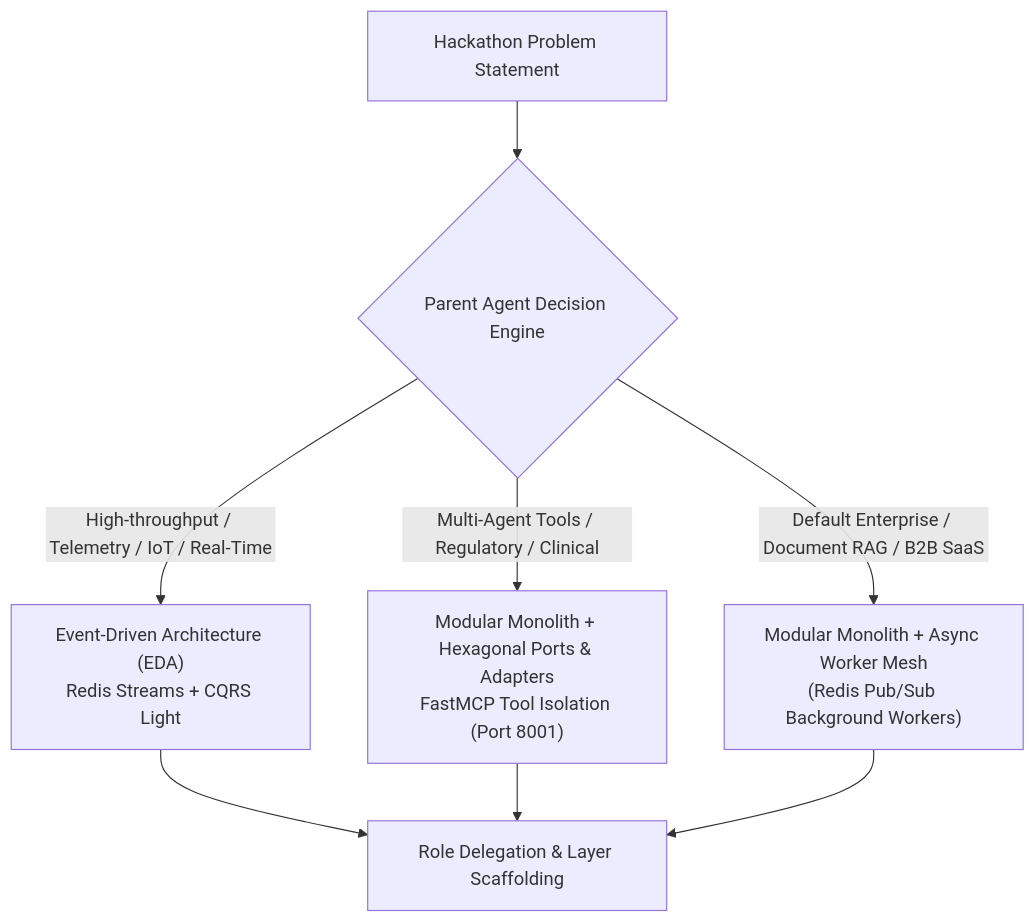
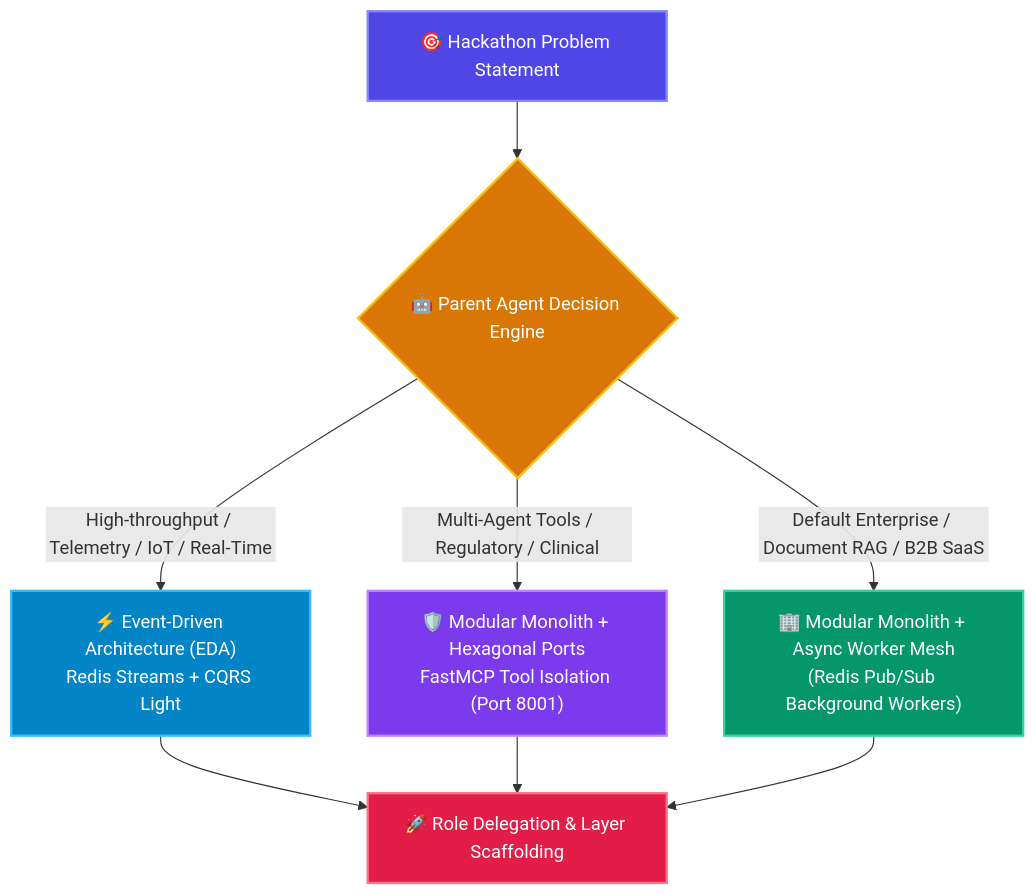
One commit to Sathvik1533/hackathon-strategy-framework changed diagram 13 of 19 in README.md. Above: the diagram before and after it, drawn with Mermaid. The commit also changed other lines of this file and 6 other files, not shown here.

Commit message:
feat(docs): colorize and make all Mermaid architecture diagrams interactive across repo

````diff
--- a/README.md
+++ b/README.md
@@ -915,11 +1101,21 @@
 ```mermaid
 flowchart TD
-    Problem["Hackathon Problem Statement"] --> Classifier{"Parent Agent Decision Engine"}
-    Classifier -->|High-throughput / Telemetry / IoT / Real-Time| EDA["Event-Driven Architecture (EDA)<br/>Redis Streams + CQRS Light"]
-    Classifier -->|Multi-Agent Tools / Regulatory / Clinical| Hexagonal["Modular Monolith + Hexagonal Ports & Adapters<br/>FastMCP Tool Isolation (Port 8001)"]
-    Classifier -->|Default Enterprise / Document RAG / B2B SaaS| ModMono["Modular Monolith + Async Worker Mesh<br/>(Redis Pub/Sub Background Workers)"]
+    classDef problem fill:#4f46e5,stroke:#818cf8,stroke-width:2px,color:#ffffff;
+    classDef decision fill:#d97706,stroke:#fbbf24,stroke-width:2px,color:#ffffff;
+    classDef pattern1 fill:#0284c7,stroke:#38bdf8,stroke-width:2px,color:#ffffff;
+    classDef pattern2 fill:#7c3aed,stroke:#c084fc,stroke-width:2px,color:#ffffff;
+    classDef pattern3 fill:#059669,stroke:#34d399,stroke-width:2px,color:#ffffff;
+    classDef rollout fill:#e11d48,stroke:#fb7185,stroke-width:2px,color:#ffffff;
 
-    EDA --> Rollout["Role Delegation & Layer Scaffolding"]
+    Problem["🎯 Hackathon Problem Statement"]:::problem --> Classifier{"🤖 Parent Agent Decision Engine"}:::decision
+    Classifier -->|High-throughput / Telemetry / IoT / Real-Time| EDA["⚡ Event-Driven Architecture (EDA)<br/>Redis Streams + CQRS Light"]:::pattern1
+    Classifier -->|Multi-Agent Tools / Regulatory / Clinical| Hexagonal["🛡️ Modular Monolith + Hexagonal Ports<br/>FastMCP Tool Isolation (Port 8001)"]:::pattern2
+    Classifier -->|Default Enterprise / Document RAG / B2B SaaS| ModMono["🏢 Modular Monolith + Async Worker Mesh<br/>(Redis Pub/Sub Background Workers)"]:::pattern3
+
+    EDA --> Rollout["🚀 Role Delegation & Layer Scaffolding"]:::rollout
     Hexagonal --> Rollout
     ModMono --> Rollout
+
+    click Problem "ai_layer/decision_matrix.md" "View Decision Matrix"
+    click Classifier "ai_layer/mascot_agent.py" "Parent Agent Engine"
 ```
````
